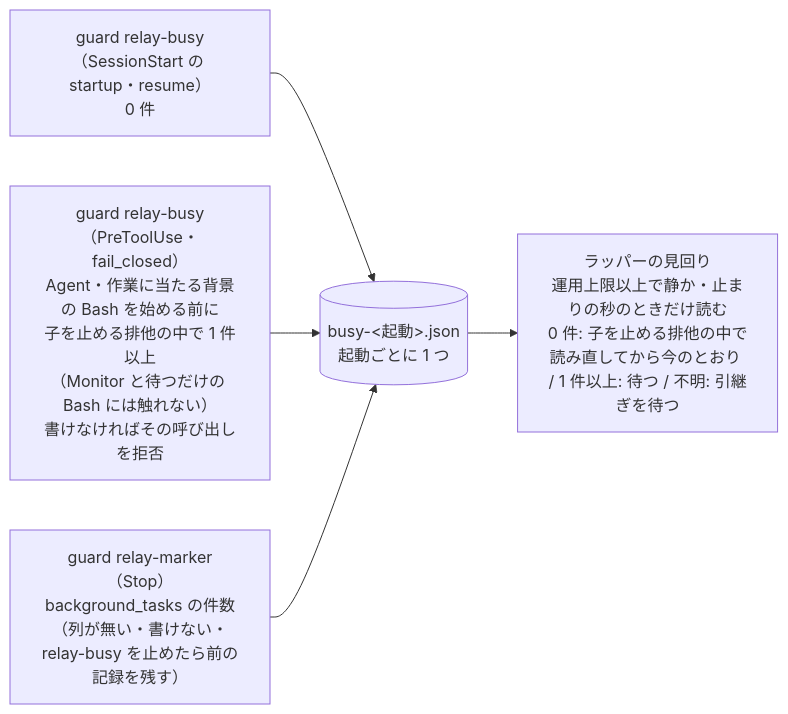
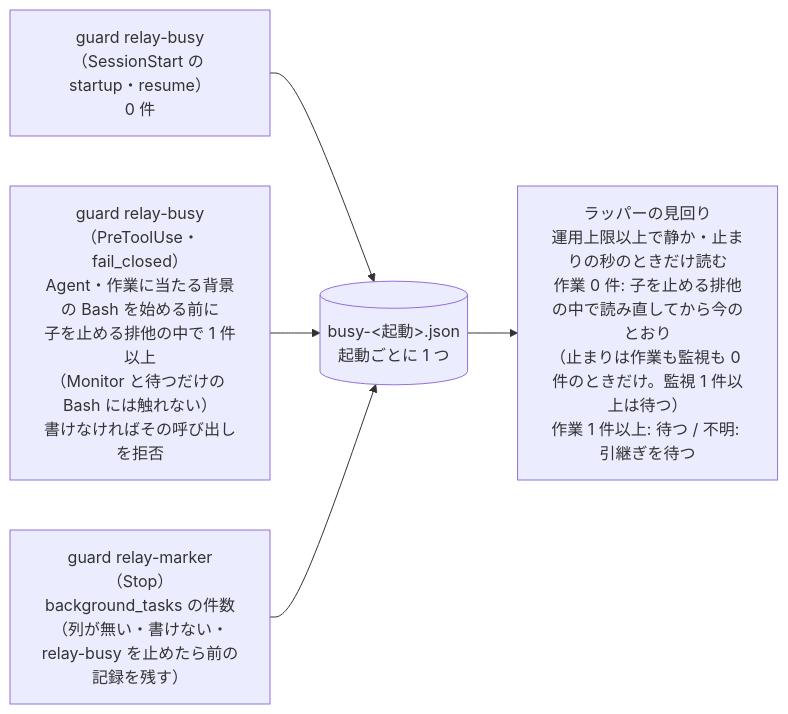
Before and after one commit to devbasex/ai-plugins: the second of 3 diagrams in issues/issue-4049-design.md, drawn with Mermaid. The commit also changed other lines of this file and 1 other file, not shown here.

Commit message:
Docs: 止まりの起動し直しは作業も監視も 0 件か不明のときだけと要約・図・記録の表で揃え、守り 1 の替えの最初の入力に監視の張り直しを足すよう #4049 の設計を直す（cross-review の指摘）

````diff
--- a/issues/issue-4049-design.md
+++ b/issues/issue-4049-design.md
@@ -49,12 +49,12 @@
 ```mermaid
 flowchart LR
   L["guard relay-busy（SessionStart の startup・resume）<br>0 件"]
   P["guard relay-busy（PreToolUse・fail_closed）<br>Agent・作業に当たる背景の Bash を始める前に<br>子を止める排他の中で 1 件以上<br>（Monitor と待つだけの Bash には触れない）<br>書けなければその呼び出しを拒否"]
   S["guard relay-marker（Stop）<br>background_tasks の件数<br>（列が無い・書けない・relay-busy を止めたら前の記録を残す）"]
   B[("busy-&lt;起動&gt;.json<br>起動ごとに 1 つ")]
-  R["ラッパーの見回り<br>運用上限以上で静か・止まりの秒のときだけ読む<br>0 件: 子を止める排他の中で読み直してから今のとおり / 1 件以上: 待つ / 不明: 引継ぎを待つ"]
+  R["ラッパーの見回り<br>運用上限以上で静か・止まりの秒のときだけ読む<br>作業 0 件: 子を止める排他の中で読み直してから今のとおり<br>（止まりは作業も監視も 0 件のときだけ。監視 1 件以上は待つ）<br>作業 1 件以上: 待つ / 不明: 引継ぎを待つ"]
   L --> B
   P --> B
   S --> B
   B --> R
 ```
````
